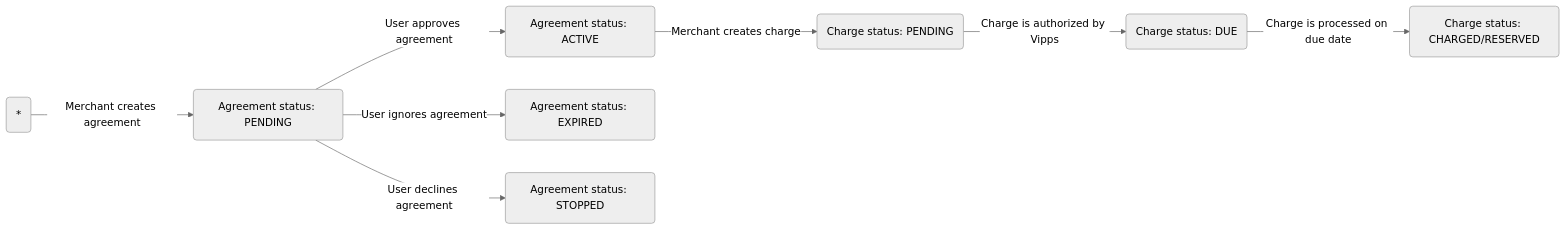
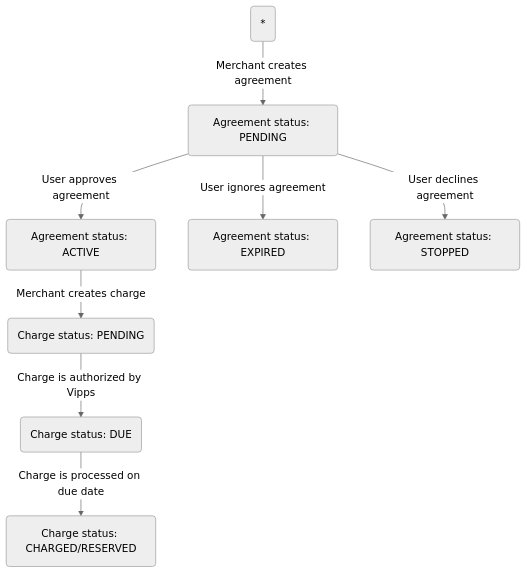
One commit to vippsas/vipps-recurring-api changed the diagram in vipps-recurring-api.md. Above: the diagram before and after it, drawn with Mermaid (neutral theme).

````diff
--- a/vipps-recurring-api.md
+++ b/vipps-recurring-api.md
@@ -77,12 +77,12 @@
 ``` mermaid
-flowchart LR
+flowchart
     A(*)
     B(Agreement status: PENDING)
     A --> |Merchant creates agreement| B
     B --> |User approves agreement| C1(Agreement status: ACTIVE)
     B --> |User ignores agreement| C2(Agreement status: EXPIRED)
     B --> |User declines agreement| C3(Agreement status: STOPPED)
     C1 --> |Merchant creates charge| D1(Charge status: PENDING)
     D1 --> |Charge is authorized by Vipps| D2(Charge status: DUE)
     D2 --> |Charge is processed on due date| D3(Charge status: CHARGED/RESERVED)
 ```
````
